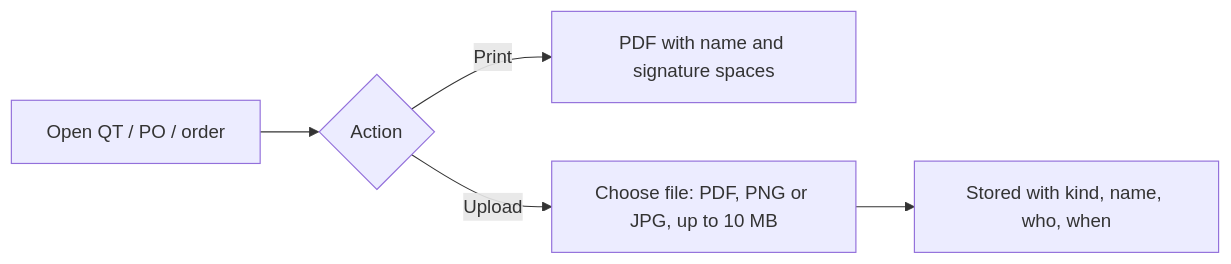
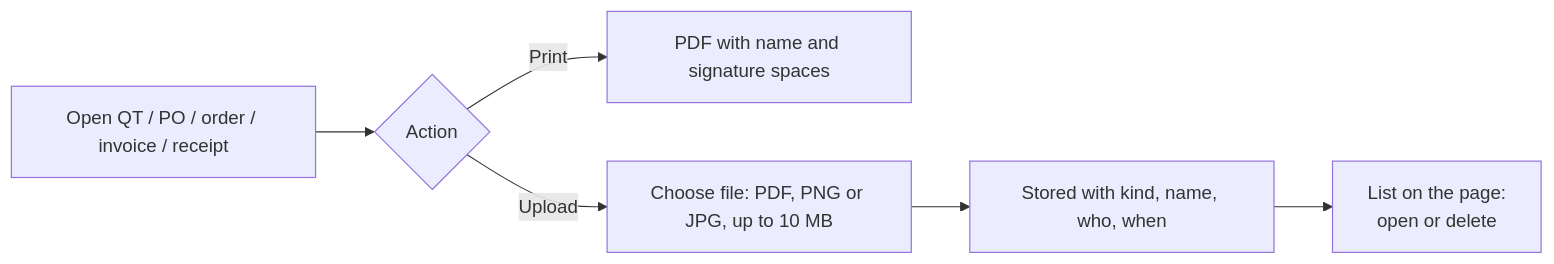
Before and after one commit to Detmon0410/Base_Sample_ERP: the eighth of 8 diagrams in ProjectdocInfo/User Flow.md, drawn with Mermaid. The commit also changed other lines of this file and 15 other files, not shown here.

````diff
--- a/ProjectdocInfo/User Flow.md
+++ b/ProjectdocInfo/User Flow.md
@@ -70,7 +224,8 @@
 ```mermaid
 flowchart LR
-    A[Open QT / PO / order] --> B{Action}
+    A[Open QT / PO / order / invoice / receipt] --> B{Action}
     B -- Print --> C[PDF with name and signature spaces]
     B -- Upload --> D[Choose file: PDF, PNG or JPG, up to 10 MB]
     D --> E[Stored with kind, name, who, when]
+    E --> F[List on the page:<br/>open or delete]
 ```
````
